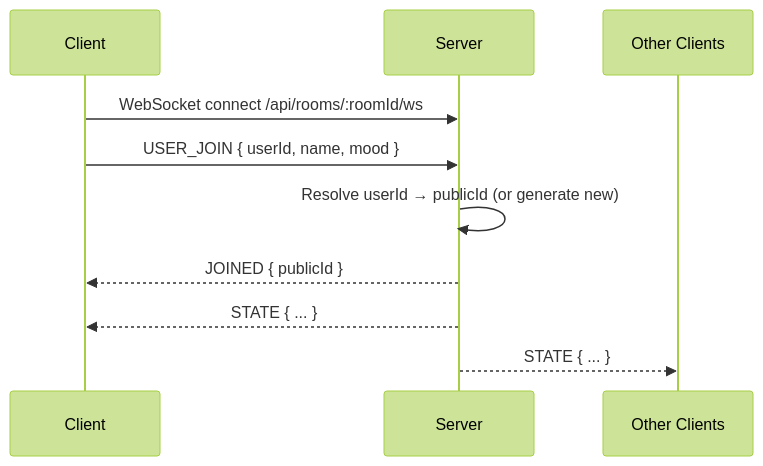
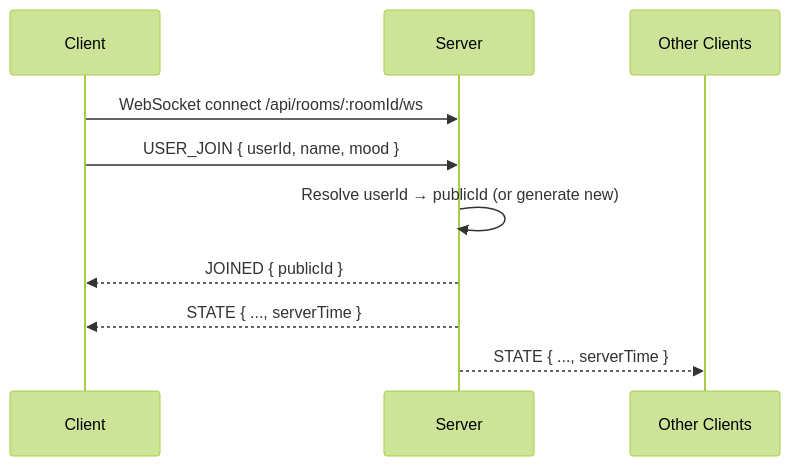
The second of 3 diagrams in docs/protocol.md (vhiribarren/conclave), drawn with Mermaid (forest theme) before and after one commit. The commit also changed other lines of this file and 4 other files, not shown here.

````diff
--- a/docs/protocol.md
+++ b/docs/protocol.md
@@ -56,13 +56,13 @@
 ```mermaid
 sequenceDiagram
     participant Client
     participant Server
     participant Others as Other Clients
 
     Client->>Server: WebSocket connect /api/rooms/:roomId/ws
     Client->>Server: USER_JOIN { userId, name, mood }
     Server->>Server: Resolve userId → publicId (or generate new)
     Server-->>Client: JOINED { publicId }
-    Server-->>Client: STATE { ... }
-    Server-->>Others: STATE { ... }
+    Server-->>Client: STATE { ..., serverTime }
+    Server-->>Others: STATE { ..., serverTime }
 ```
````
